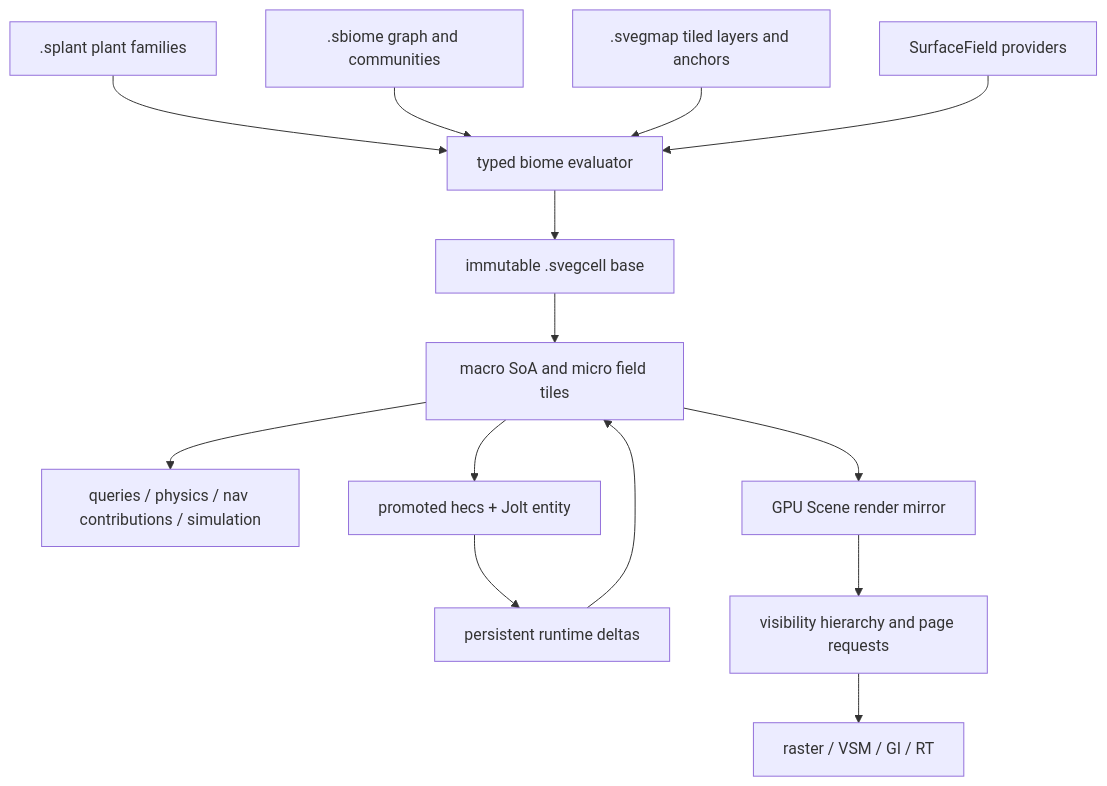
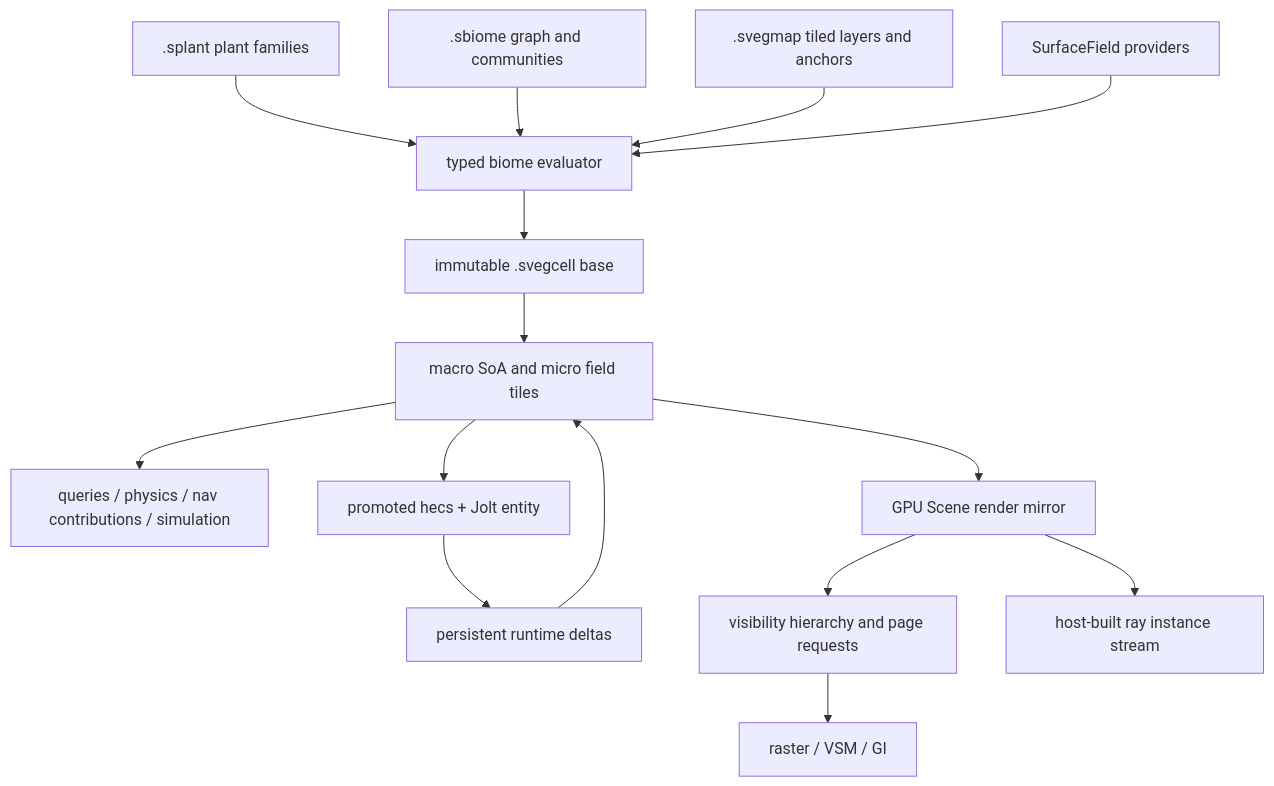
One commit to saffronjam/SaffronEngine changed the diagram in plans/foliage-veg/README.md. Above: the diagram before and after it, drawn with Mermaid. The commit also changed other lines of this file and 13 other files, not shown here.

````diff
--- a/plans/foliage-veg/README.md
+++ b/plans/foliage-veg/README.md
@@ -59,16 +63,17 @@
 ```mermaid
 flowchart TD
     A[.splant plant families] --> D[typed biome evaluator]
     B[.sbiome graph and communities] --> D
     C[.svegmap tiled layers and anchors] --> D
     S[SurfaceField providers] --> D
     D --> E[immutable .svegcell base]
     E --> F[macro SoA and micro field tiles]
     M[persistent runtime deltas] --> F
     F --> Q[queries / physics / nav contributions / simulation]
     F --> G[GPU Scene render mirror]
     G --> H[visibility hierarchy and page requests]
-    H --> I[raster / VSM / GI / RT]
+    H --> I[raster / VSM / GI]
+    G --> J[host-built ray instance stream]
     F --> P[promoted hecs + Jolt entity]
     P --> M
 ```
````
